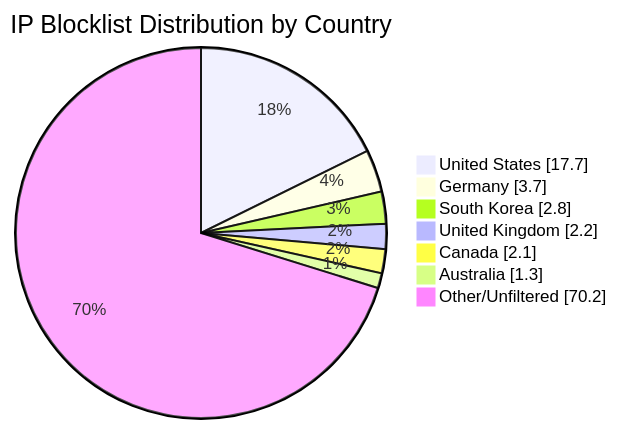
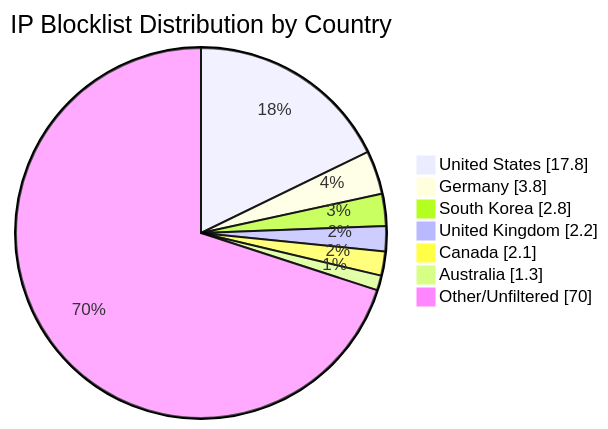
The diagram in README.md (MarcusHoltz/ipblocklist-geofiltered-aggregator), drawn with Mermaid before and after one commit. The commit also changed other lines of this file and 9 other files, not shown here.

````diff
--- a/README.md
+++ b/README.md
@@ -34,10 +34,10 @@
 ```mermaid
 pie showData title IP Blocklist Distribution by Country
-"United States" : 17.7
-"Germany" : 3.7
+"United States" : 17.8
+"Germany" : 3.8
 "South Korea" : 2.8
 "United Kingdom" : 2.2
 "Canada" : 2.1
 "Australia" : 1.3
-"Other/Unfiltered" : 70.2
+"Other/Unfiltered" : 70.0
 ```
````
